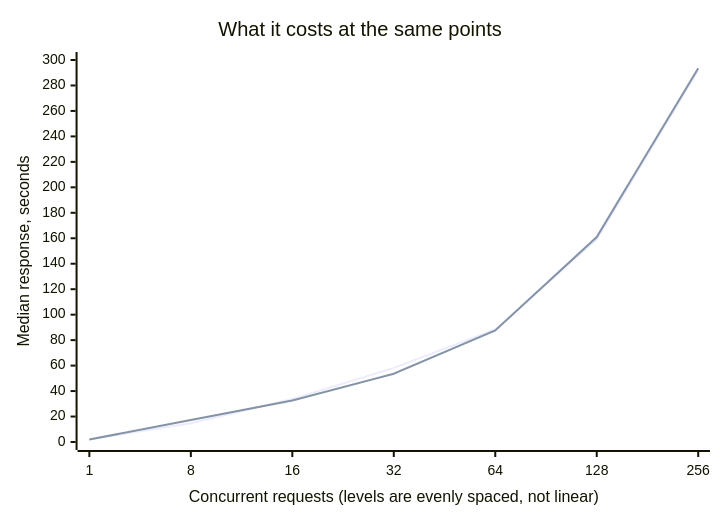
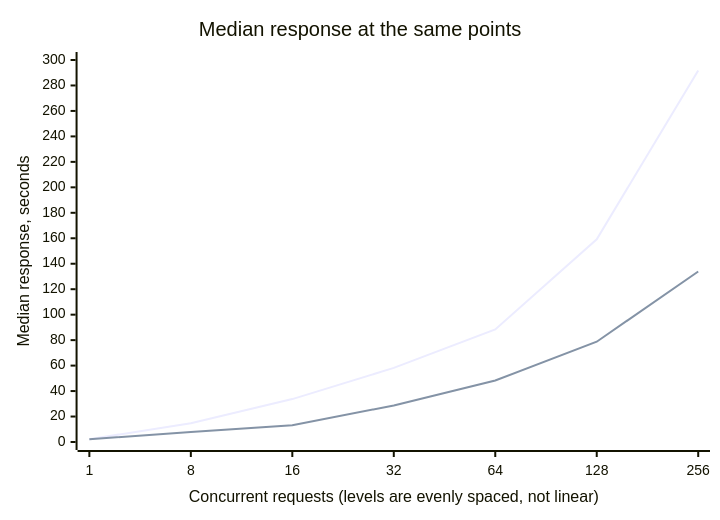
One commit to flash-ultra/ai-server-setup changed the second of 2 diagrams in cloudscale-gpu2-256-40-2-1600/qwen3-8-flash-next/llama-cpp/scenarios/concurrent-load.md. Above: the diagram before and after it, drawn with Mermaid. The commit also changed other lines of this file and 6 other files, not shown here.

````diff
--- a/cloudscale-gpu2-256-40-2-1600/qwen3-8-flash-next/llama-cpp/scenarios/concurrent-load.md
+++ b/cloudscale-gpu2-256-40-2-1600/qwen3-8-flash-next/llama-cpp/scenarios/concurrent-load.md
@@ -51,8 +103,8 @@
 ```mermaid
 xychart-beta
-    title "What it costs at the same points"
+    title "Median response at the same points"
     x-axis "Concurrent requests (levels are evenly spaced, not linear)" [1, 8, 16, 32, 64, 128, 256]
     y-axis "Median response, seconds" 0 --> 300
-    line "Run 1" [2.21, 14.70, 33.70, 58.19, 88.36, 159.22, 291.82]
-    line "Run 2" [1.99, 17.22, 32.59, 53.64, 87.62, 161.00, 293.53]
+    line "A · 1 slot · Q5" [2.21, 14.70, 33.70, 58.19, 88.36, 159.22, 291.82]
+    line "B · 6 slots · Q6" [2.15, 7.77, 13.10, 28.68, 48.29, 78.76, 133.88]
 ```
````
